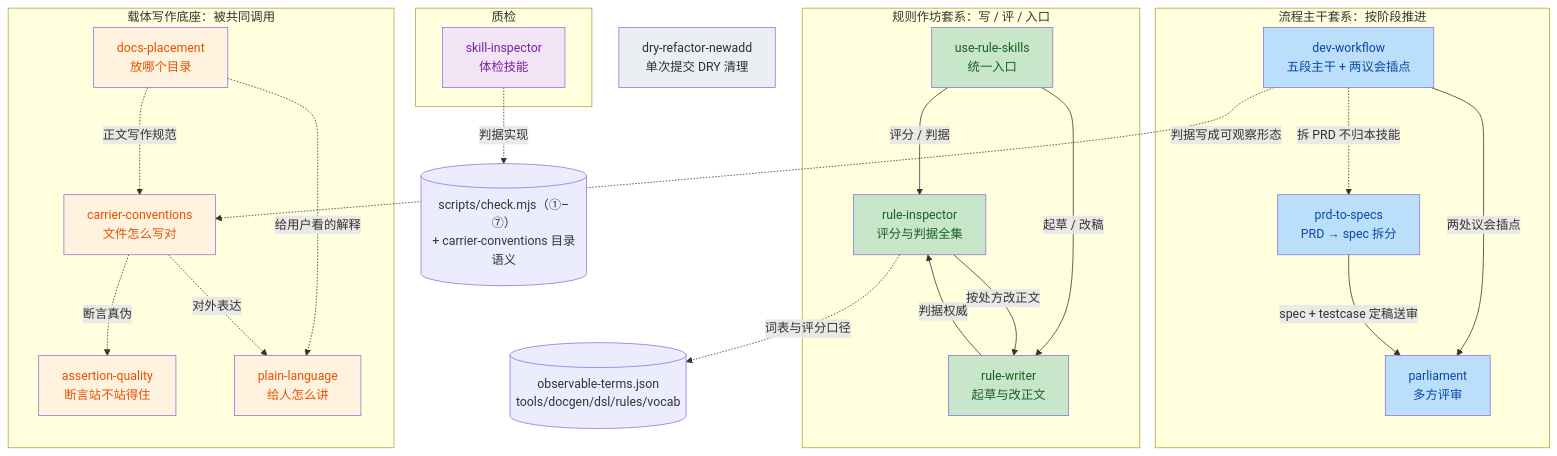
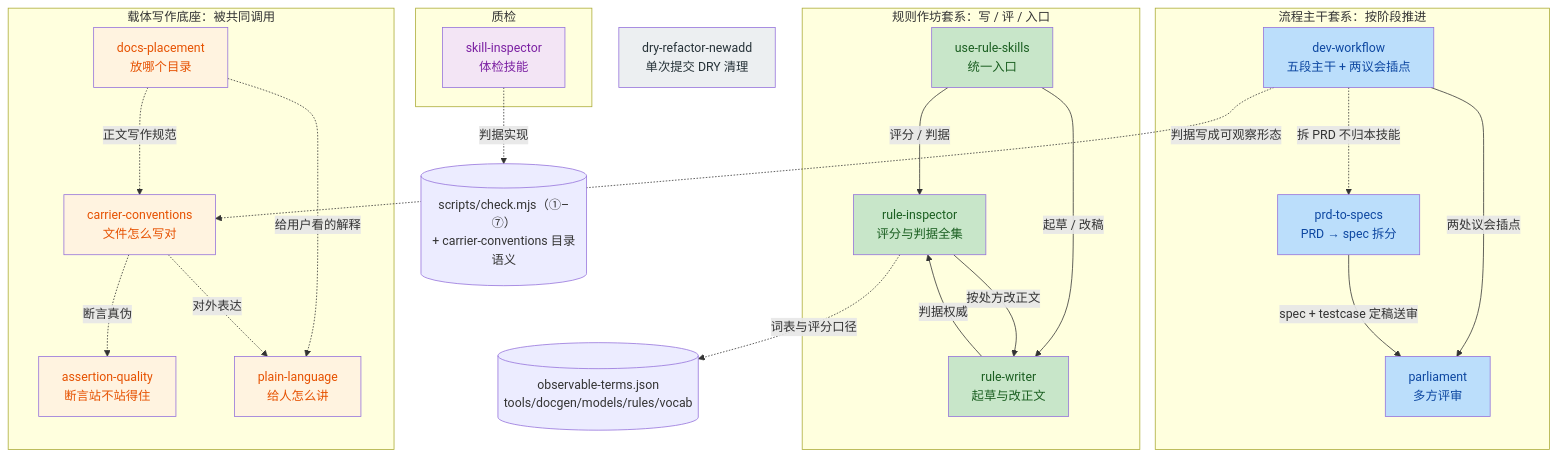
The diagram in docs/guide/skills/README.md (SeedHuang/retro-skills), drawn with Mermaid before and after one commit. The commit also changed other lines of this file and 33 other files, not shown here.

First line of the commit message:
refactor(docgen): dsl 目录改名 models，同步引用

````diff
--- a/docs/guide/skills/README.md
+++ b/docs/guide/skills/README.md
@@ -13,57 +13,57 @@
 ```mermaid
 flowchart TB
     subgraph FLOW["流程主干套系：按阶段推进"]
         DW["dev-workflow<br/>五段主干 + 两议会插点"]
         PA["parliament<br/>多方评审"]
         PS["prd-to-specs<br/>PRD → spec 拆分"]
     end
 
     subgraph RULE["规则作坊套系：写 / 评 / 入口"]
         UR["use-rule-skills<br/>统一入口"]
         RW["rule-writer<br/>起草与改正文"]
         RI["rule-inspector<br/>评分与判据全集"]
     end
 
     subgraph BASE["载体写作底座：被共同调用"]
         CC["carrier-conventions<br/>文件怎么写对"]
         AQ["assertion-quality<br/>断言站不站得住"]
         PL["plain-language<br/>给人怎么讲"]
         DP["docs-placement<br/>放哪个目录"]
     end
 
     subgraph QA["质检"]
         SI["skill-inspector<br/>体检技能"]
     end
 
     DR["dry-refactor-newadd<br/>单次提交 DRY 清理"]
 
     DW -->|两处议会插点| PA
     PS -->|spec + testcase 定稿送审| PA
     DW -.->|判据写成可观察形态| CC
     DW -.->|拆 PRD 不归本技能| PS
     DP -.->|正文写作规范| CC
     DP -.->|给用户看的解释| PL
     CC -.->|断言真伪| AQ
     CC -.->|对外表达| PL
 
     UR -->|评分 / 判据| RI
     UR -->|起草 / 改稿| RW
     RW -->|判据权威| RI
     RI -->|按处方改正文| RW
 
     SI -.->|判据实现| G1[("scripts/check.mjs（①–⑦）<br/>+ carrier-conventions 目录语义")]
-    RI -.->|词表与评分口径| G2[("observable-terms.json<br/>tools/docgen/dsl/rules/vocab")]
+    RI -.->|词表与评分口径| G2[("observable-terms.json<br/>tools/docgen/models/rules/vocab")]
 
     style DW fill:#bbdefb,color:#0d47a1
     style PA fill:#bbdefb,color:#0d47a1
     style PS fill:#bbdefb,color:#0d47a1
     style UR fill:#c8e6c9,color:#1a5e20
     style RW fill:#c8e6c9,color:#1a5e20
     style RI fill:#c8e6c9,color:#1a5e20
     style CC fill:#fff3e0,color:#e65100
     style AQ fill:#fff3e0,color:#e65100
     style PL fill:#fff3e0,color:#e65100
     style DP fill:#fff3e0,color:#e65100
     style SI fill:#f3e5f5,color:#7b1fa2
     style DR fill:#eceff1,color:#263238
 ```
````
